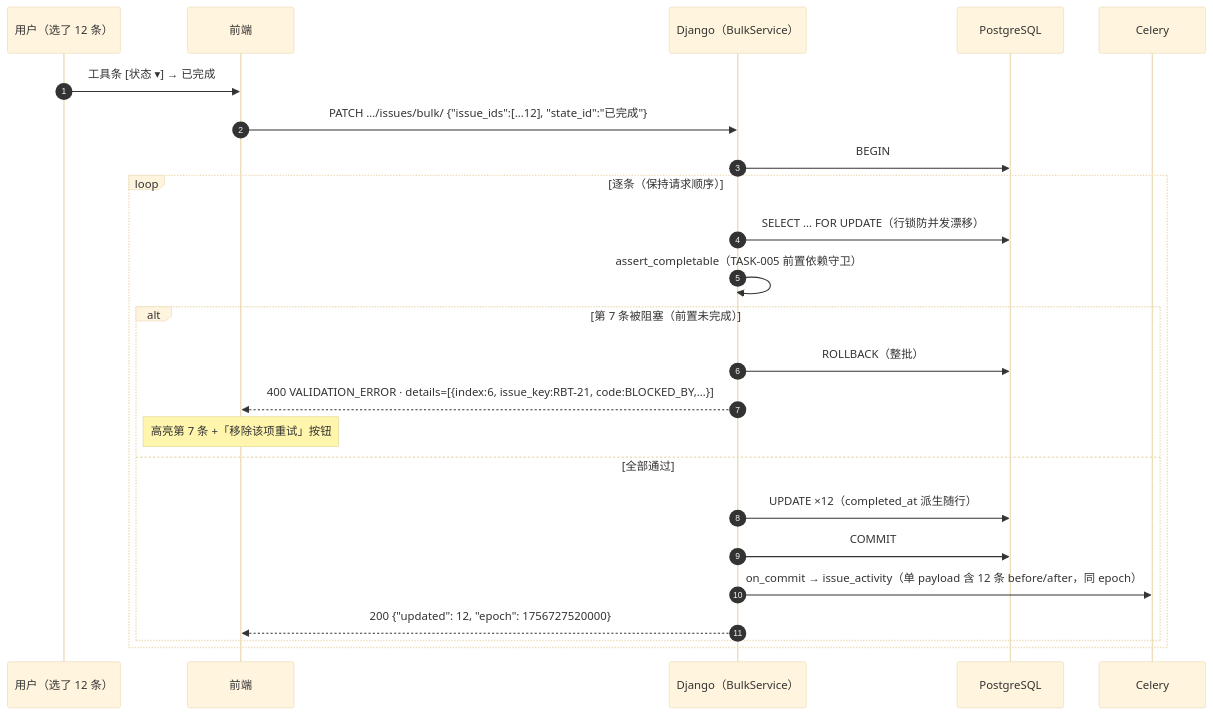
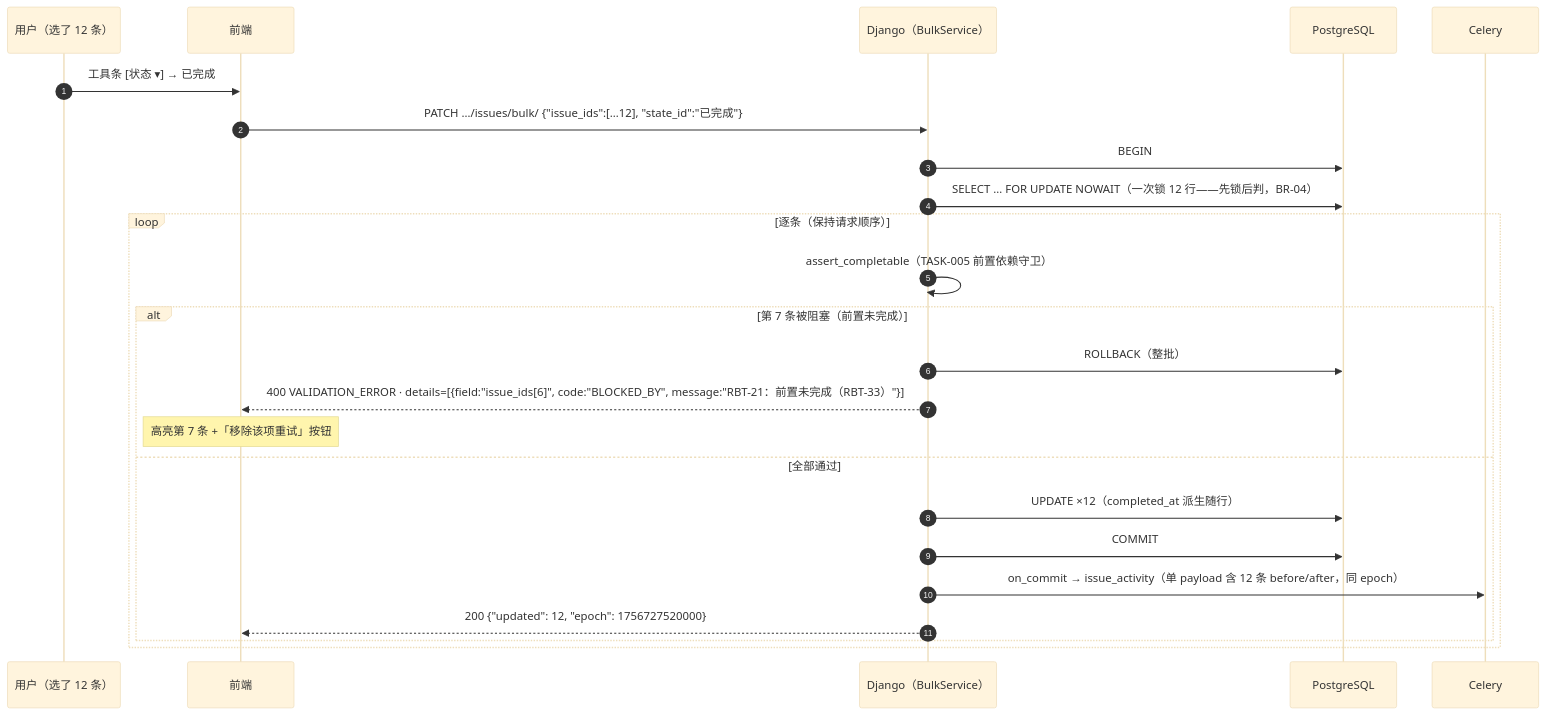
Before and after one commit to RabbitAI-Lab/RabbitProjects: the second of 4 diagrams in docs/sprint-3-views-collab/BOARD-004-batch-operations.md, drawn with Mermaid (base theme). The commit also changed other lines of this file and 7 other files, not shown here.

````diff
--- a/docs/sprint-3-views-collab/BOARD-004-batch-operations.md
+++ b/docs/sprint-3-views-collab/BOARD-004-batch-operations.md
@@ -128,27 +130,27 @@
 ```mermaid
 sequenceDiagram
     autonumber
     participant U as 用户（选了 12 条）
     participant FE as 前端
     participant API as Django（BulkService）
     participant PG as PostgreSQL
     participant CW as Celery
 
     U->>FE: 工具条 [状态 ▾] → 已完成
     FE->>API: PATCH …/issues/bulk/ {"issue_ids":[…12], "state_id":"已完成"}
     API->>PG: BEGIN
+    API->>PG: SELECT … FOR UPDATE NOWAIT（一次锁 12 行——先锁后判，BR-04）
     loop 逐条（保持请求顺序）
-        API->>PG: SELECT … FOR UPDATE（行锁防并发漂移）
         API->>API: assert_completable（TASK-005 前置依赖守卫）
         alt 第 7 条被阻塞（前置未完成）
             API->>PG: ROLLBACK（整批）
-            API-->>FE: 400 VALIDATION_ERROR · details=[{index:6, issue_key:RBT-21, code:BLOCKED_BY,…}]
+            API-->>FE: 400 VALIDATION_ERROR · details=[{field:"issue_ids[6]", code:"BLOCKED_BY", message:"RBT-21：前置未完成（RBT-33）"}]
             Note over FE: 高亮第 7 条 +「移除该项重试」按钮
         else 全部通过
             API->>PG: UPDATE ×12（completed_at 派生随行）
             API->>PG: COMMIT
             API->>CW: on_commit → issue_activity（单 payload 含 12 条 before/after，同 epoch）
             API-->>FE: 200 {"updated": 12, "epoch": 1756727520000}
         end
     end
 ```
````
